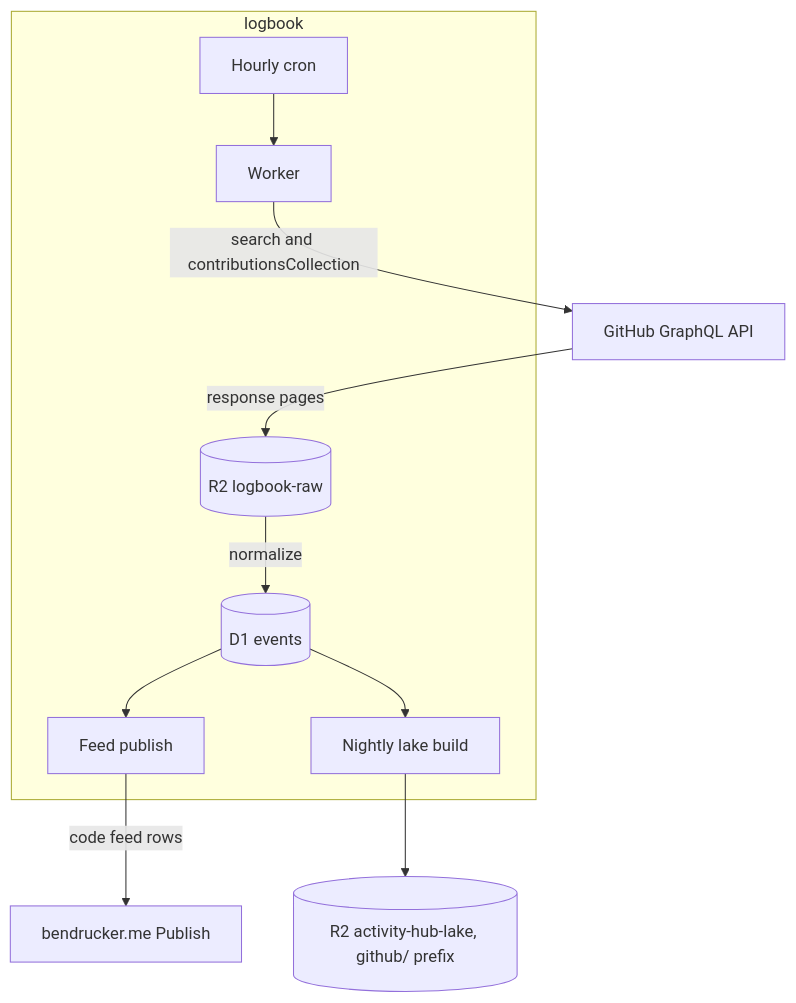
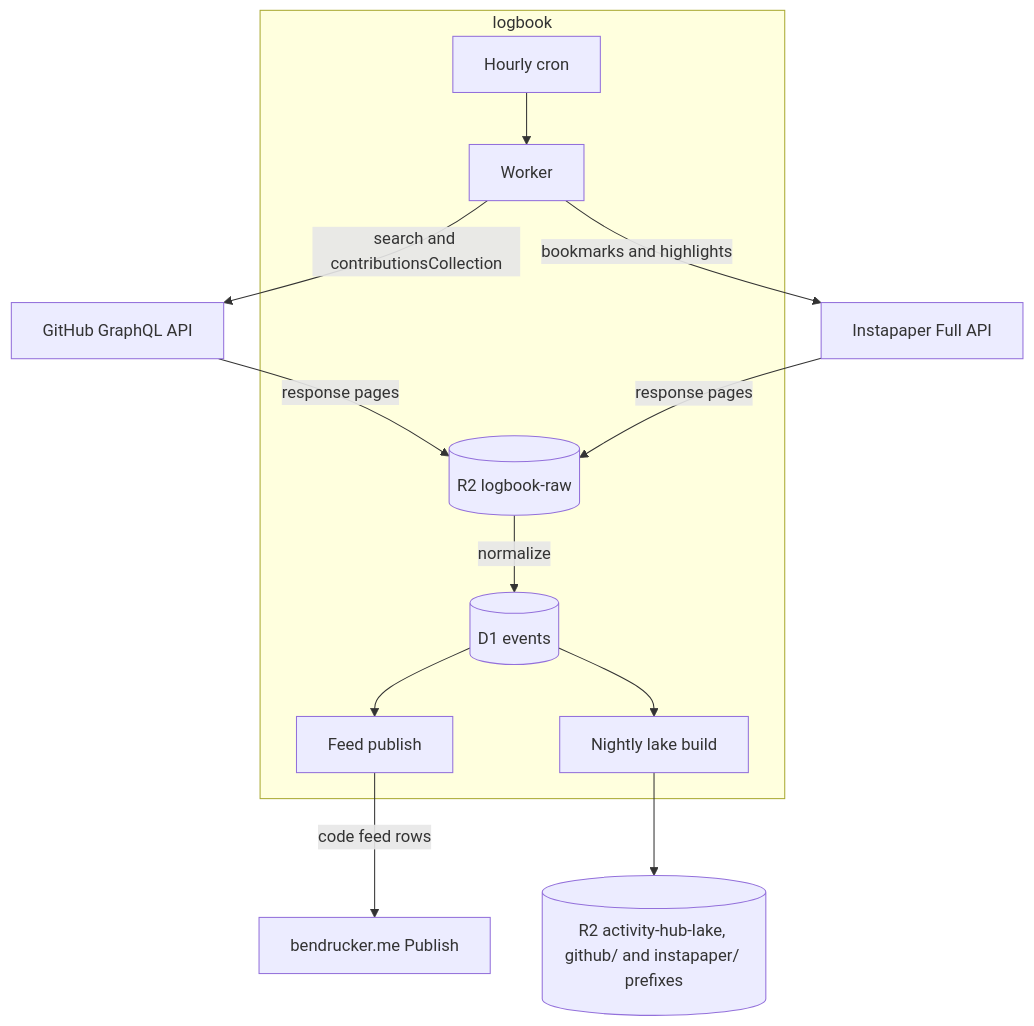
The diagram in README.md (bendrucker/logbook), drawn with Mermaid before and after one commit. The commit also changed other lines of this file and 51 other files, not shown here.

````diff
--- a/README.md
+++ b/README.md
@@ -17,23 +17,26 @@
 ```mermaid
 flowchart TB
     api[GitHub GraphQL API]
 
     subgraph hub [logbook]
         cron[Hourly cron]
         worker[Worker]
         raw[(R2 logbook-raw)]
         d1[(D1 events)]
         feed[Feed publish]
         lakecron[Nightly lake build]
     end
 
-    lake[(R2 activity-hub-lake, github/ prefix)]
+    instapaper[Instapaper Full API]
+    lake[(R2 activity-hub-lake, github/ and instapaper/ prefixes)]
     site[bendrucker.me Publish]
 
     cron --> worker
     worker -->|search and contributionsCollection| api
+    worker -->|bookmarks and highlights| instapaper
     api -->|response pages| raw
+    instapaper -->|response pages| raw
     raw -->|normalize| d1
     d1 --> feed -->|code feed rows| site
     d1 --> lakecron --> lake
 ```
````
